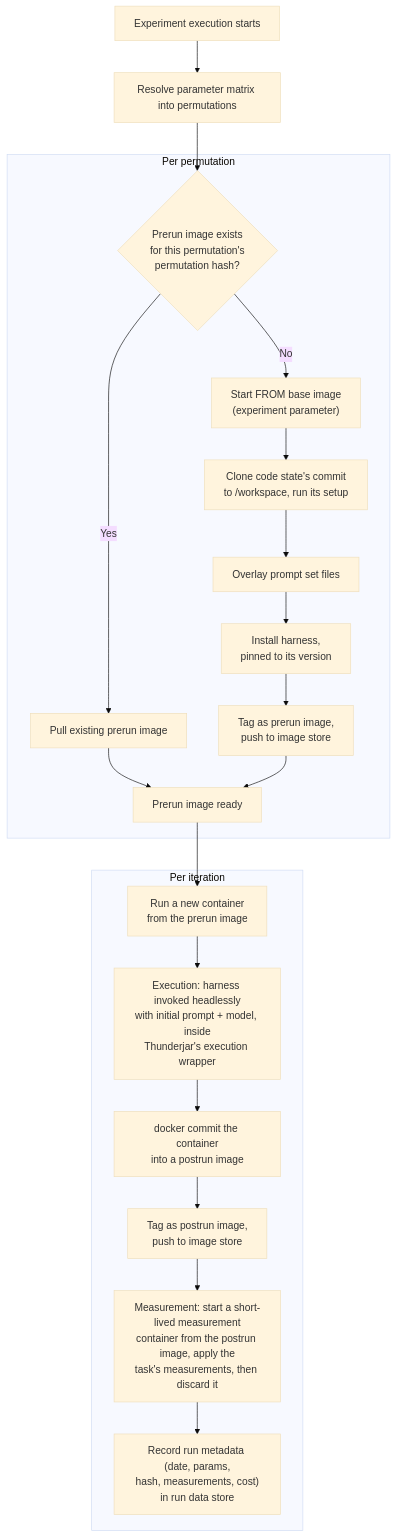
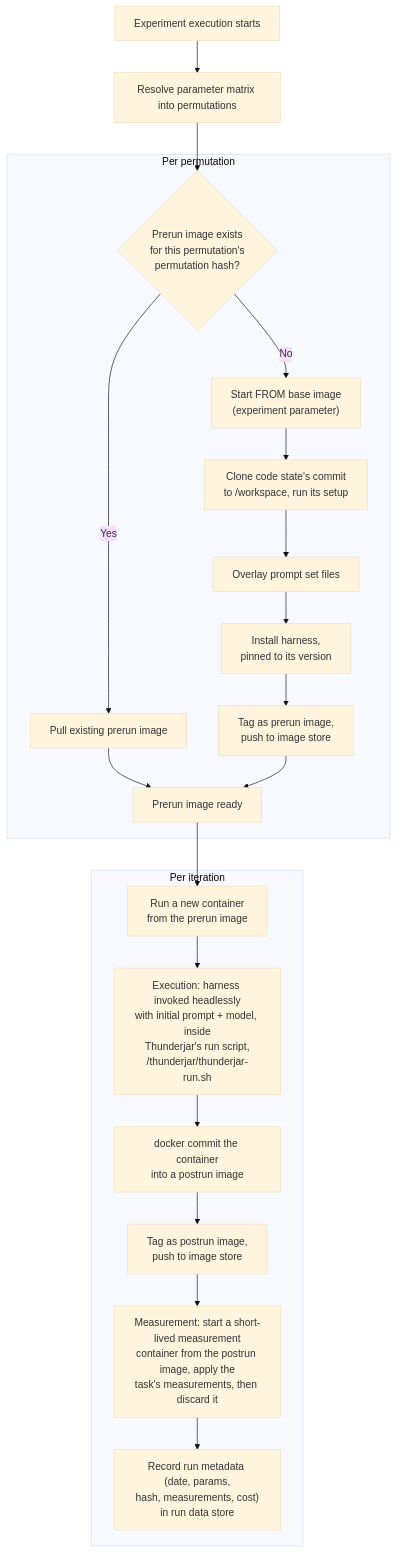
One commit to dwjohnston/thunderjar changed the diagram in project-md/prd/080-docker-execution.md. Above: the diagram before and after it, drawn with Mermaid (base theme). The commit also changed other lines of this file and 126 other files, not shown here.

First line of the commit message:
Write the run script, model and prompt into the prerun image with applyParameter (#108)

````diff
--- a/project-md/prd/080-docker-execution.md
+++ b/project-md/prd/080-docker-execution.md
@@ -11,28 +11,28 @@
 ```mermaid
 flowchart TD
     A["Experiment execution starts"] --> B["Resolve parameter matrix into permutations"]
     B --> C
 
     subgraph PERM["Per permutation"]
         C{"Prerun image exists<br/>for this permutation's<br/>permutation hash?"}
         C -- Yes --> D["Pull existing prerun image"]
         C -- No --> E["Start FROM base image<br/>(experiment parameter)"]
         E --> F["Clone code state's commit<br/>to /workspace, run its setup"]
         F --> G["Overlay prompt set files"]
         G --> H["Install harness,<br/>pinned to its version"]
         H --> I["Tag as prerun image,<br/>push to image store"]
         D --> J["Prerun image ready"]
         I --> J
     end
 
     subgraph ITER["Per iteration"]
         K["Run a new container<br/>from the prerun image"]
-        K --> L["Execution: harness invoked headlessly<br/>with initial prompt + model, inside<br/>Thunderjar's execution wrapper"]
+        K --> L["Execution: harness invoked headlessly<br/>with initial prompt + model, inside<br/>Thunderjar's run script,<br/>/thunderjar/thunderjar-run.sh"]
         L --> M["docker commit the container<br/>into a postrun image"]
         M --> N["Tag as postrun image,<br/>push to image store"]
         N --> O["Measurement: start a short-lived measurement<br/>container from the postrun image, apply the<br/>task's measurements, then discard it"]
         O --> P["Record run metadata (date, params,<br/>hash, measurements, cost)<br/>in run data store"]
     end
 
     J --> K
 ```
````
